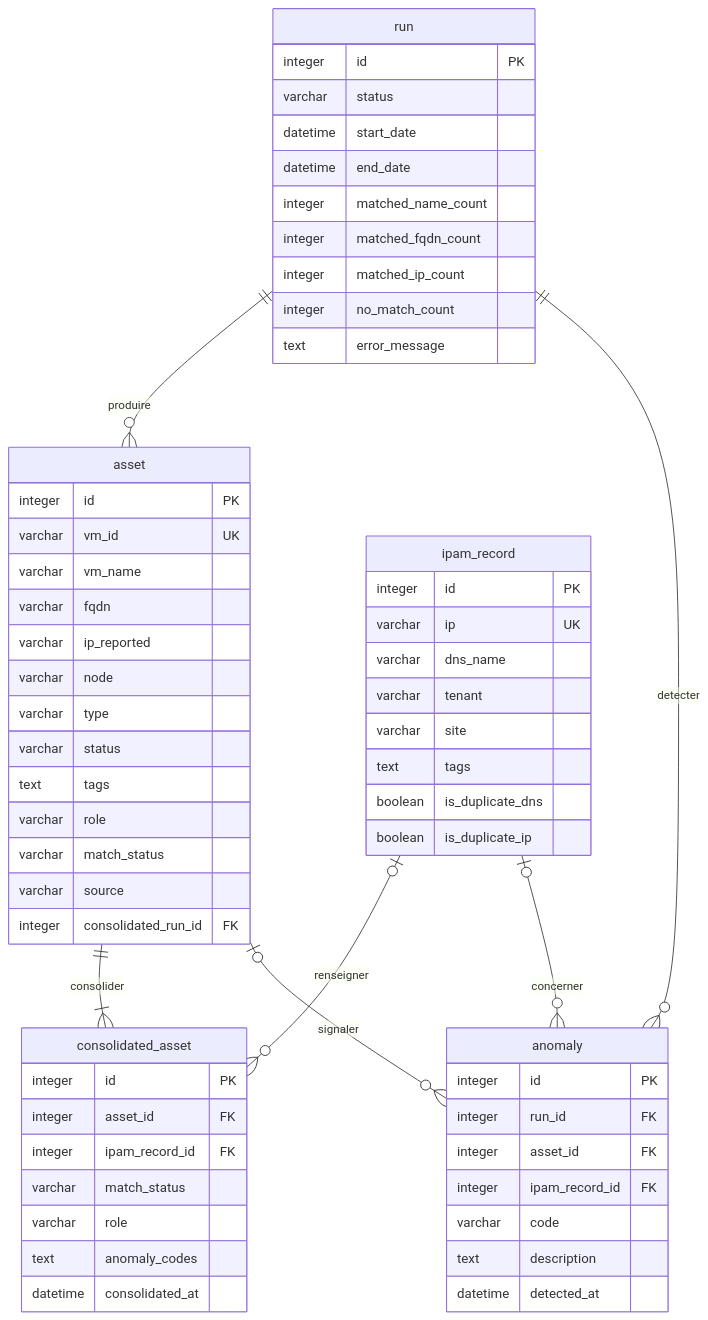
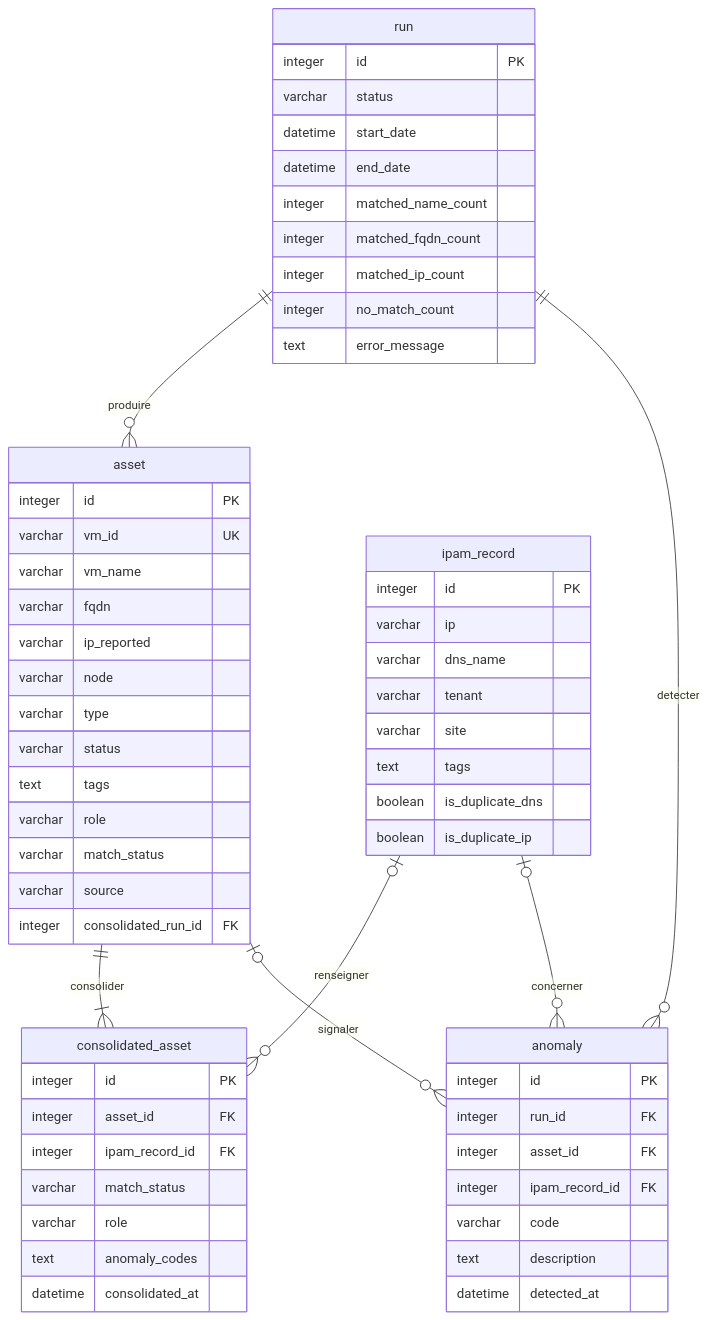
Before and after one commit to Fr0gzilla/CloudInventory: the diagram in docs/modele/mld.md, drawn with Mermaid. The commit also changed other lines of this file and 5 other files, not shown here.

````diff
--- a/docs/modele/mld.md
+++ b/docs/modele/mld.md
@@ -10,64 +10,64 @@
 ```mermaid
 erDiagram
     run ||--o{ asset : produire
     run ||--o{ anomaly : detecter
     asset ||--|{ consolidated_asset : consolider
     ipam_record |o--o{ consolidated_asset : renseigner
     asset |o--o{ anomaly : signaler
     ipam_record |o--o{ anomaly : concerner
 
     run {
         integer id PK
         varchar status
         datetime start_date
         datetime end_date
         integer matched_name_count
         integer matched_fqdn_count
         integer matched_ip_count
         integer no_match_count
         text error_message
     }
     asset {
         integer id PK
         varchar vm_id UK
         varchar vm_name
         varchar fqdn
         varchar ip_reported
         varchar node
         varchar type
         varchar status
         text tags
         varchar role
         varchar match_status
         varchar source
         integer consolidated_run_id FK
     }
     ipam_record {
         integer id PK
-        varchar ip UK
+        varchar ip
         varchar dns_name
         varchar tenant
         varchar site
         text tags
         boolean is_duplicate_dns
         boolean is_duplicate_ip
     }
     consolidated_asset {
         integer id PK
         integer asset_id FK
         integer ipam_record_id FK
         varchar match_status
         varchar role
         text anomaly_codes
         datetime consolidated_at
     }
     anomaly {
         integer id PK
         integer run_id FK
         integer asset_id FK
         integer ipam_record_id FK
         varchar code
         text description
         datetime detected_at
     }
 ```
````
